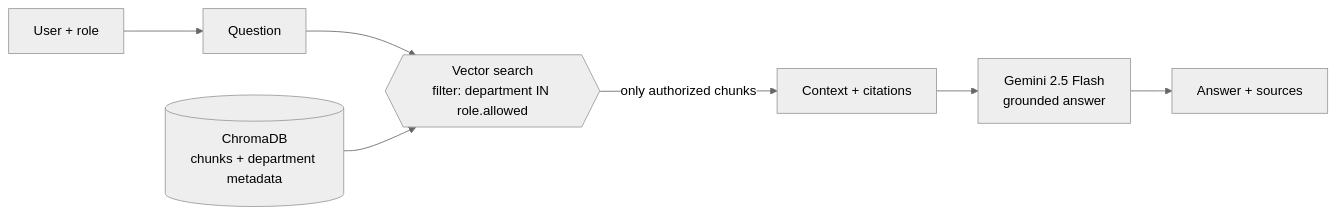
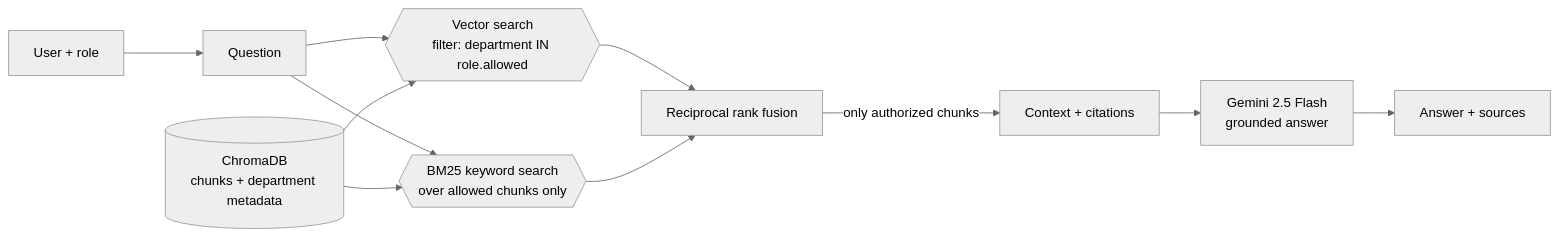
The diagram in README.md (amar-ai-engineer/finsolve-rag), drawn with Mermaid (neutral theme) before and after one commit. The commit also changed other lines of this file, not shown here.

````diff
--- a/README.md
+++ b/README.md
@@ -20,9 +20,13 @@
 ```mermaid
 flowchart LR
     U[User + role] --> Q[Question]
     Q --> R{{Vector search<br/>filter: department IN role.allowed}}
-    R -->|only authorized chunks| C[Context + citations]
+    Q --> B{{BM25 keyword search<br/>over allowed chunks only}}
+    R --> F[Reciprocal rank fusion]
+    B --> F
+    F -->|only authorized chunks| C[Context + citations]
     C --> L[Gemini 2.5 Flash<br/>grounded answer]
     L --> A[Answer + sources]
     D[(ChromaDB<br/>chunks + department metadata)] --> R
+    D --> B
 ```
````
